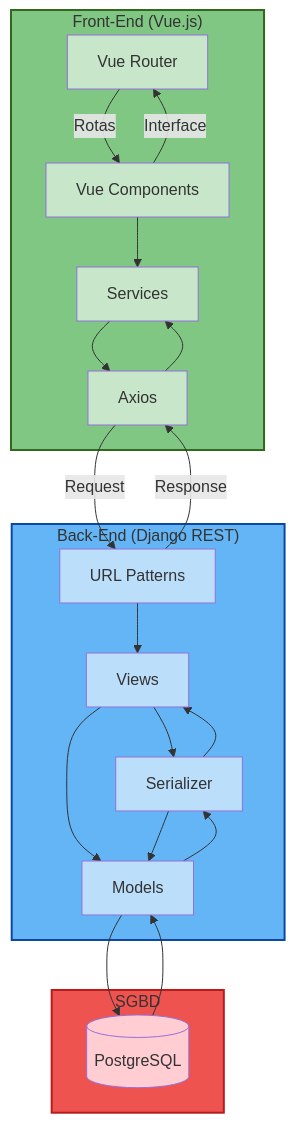
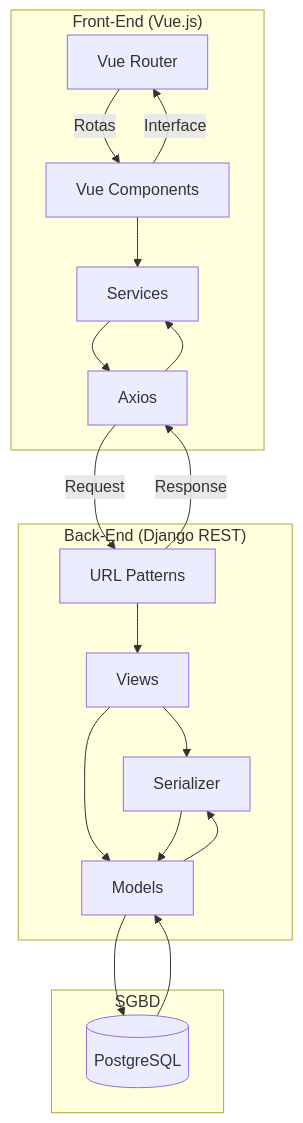
The diagram in docs/projeto-arquitetural.md (tallysdev/eventSync), drawn with Mermaid before and after one commit.

Commit message:
refacotr: removing style from mermaid #19

```diff
--- a/docs/projeto-arquitetural.md
+++ b/docs/projeto-arquitetural.md
@@ -14,53 +14,40 @@
 ~~~mermaid
 
 graph TD;
 
-style VueJS fill:#81C784,stroke:#33691E,stroke-width:2px;
-style Django_REST fill:#64B5F6,stroke:#0D47A1,stroke-width:2px;
-style Database fill:#EF5350,stroke:#B71C1C,stroke-width:2px;
 
 subgraph VueJS["Front-End (Vue.js)"]
-    style router fill:#C8E6C9
-    style components fill:#C8E6C9
-    style service fill:#C8E6C9
-    style axios fill:#C8E6C9
     router[Vue Router]
     components[Vue Components]
     service[Services]
     axios[Axios]
 end
 
 subgraph Django_REST["Back-End (Django REST)"]
-    style urlPatterns fill:#BBDEFB
-    style views fill:#BBDEFB
-    style serializer fill:#BBDEFB
-    style models fill:#BBDEFB
+
     urlPatterns[URL Patterns]
     views[Views]
     serializer[Serializer]
     models[Models]
 end
 
 subgraph Database["SGBD"]
-    style db fill:#FFCDD2
     db[(PostgreSQL)]
 end
 
 router -->|Rotas| components
 components --> service
 service --> axios
 axios -->|Request| urlPatterns
 urlPatterns --> views
 views -->serializer
 views --> models
 models --> db
 db --> models
 urlPatterns -->|Response| axios
 axios --> service
 components -->|Interface| router
 serializer --> models
 models --> serializer
-serializer --> views    
-
 
 ~~~
```
